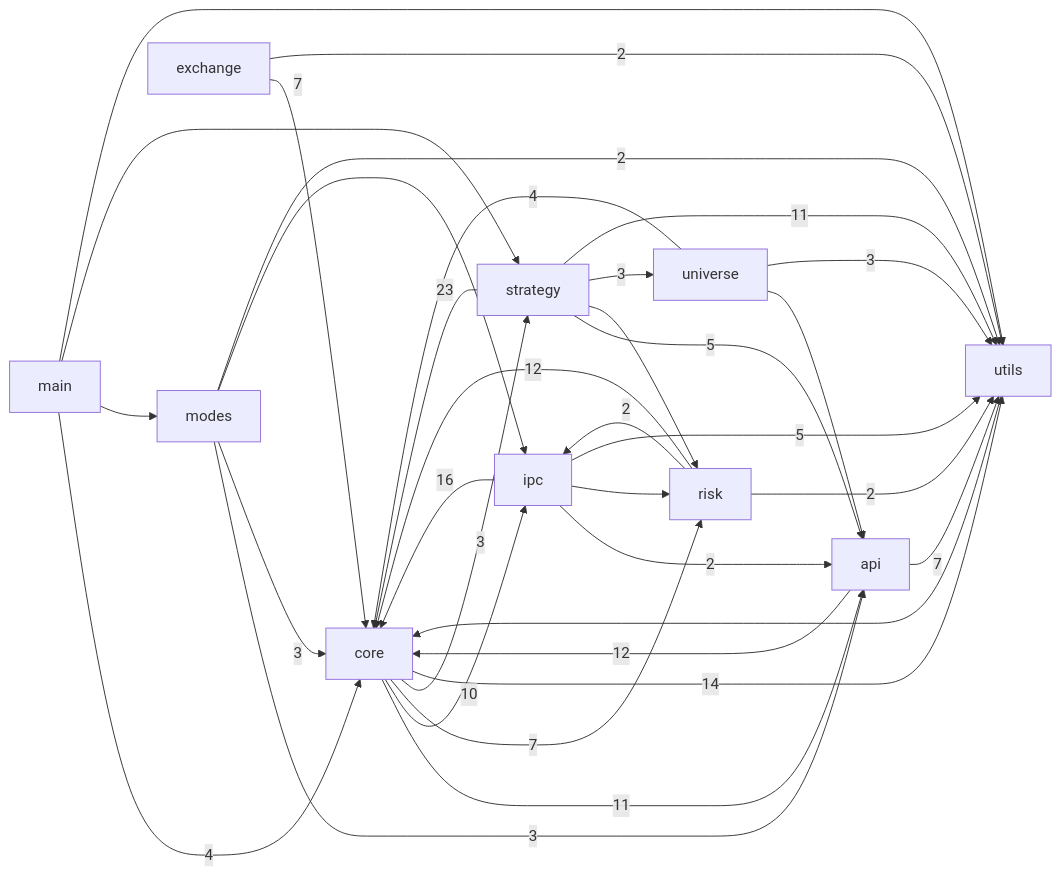
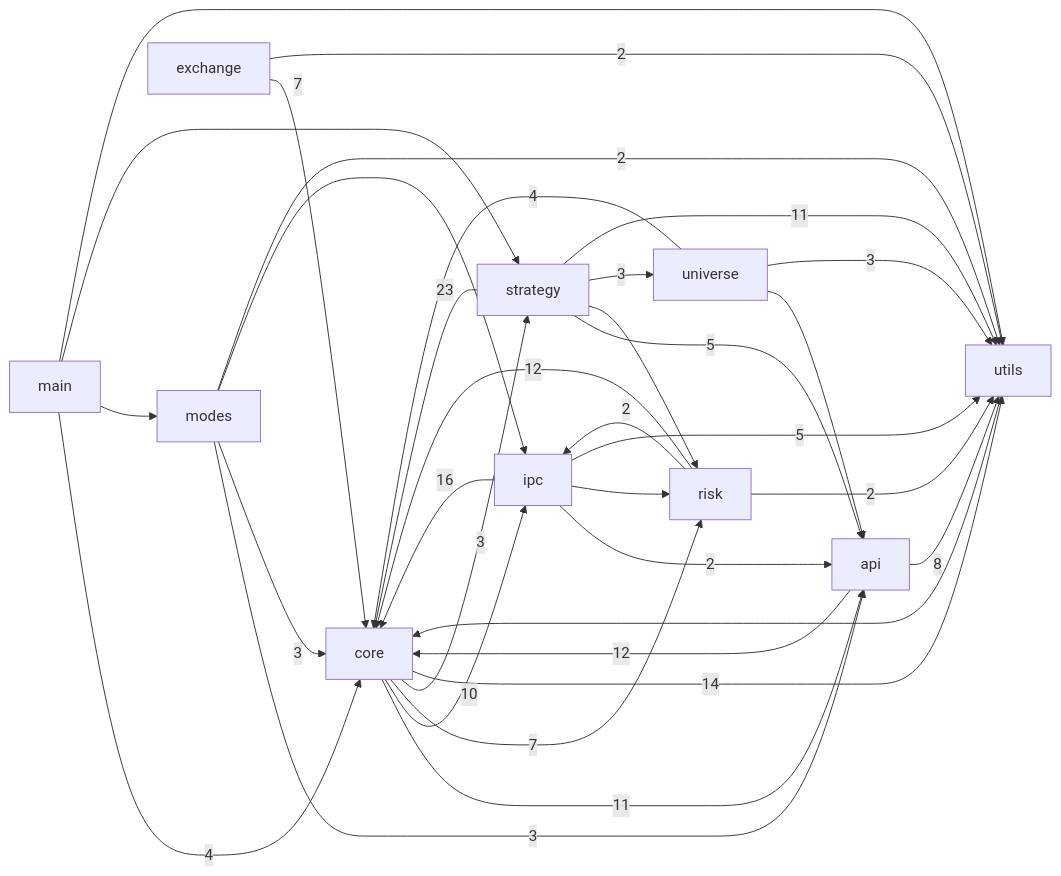
The first of 3 diagrams in docs/CODE_GRAPH.md (pypy8171/Quant), drawn with Mermaid before and after one commit. The commit also changed other lines of this file and 11 other files, not shown here.

````diff
--- a/docs/CODE_GRAPH.md
+++ b/docs/CODE_GRAPH.md
@@ -10,46 +10,46 @@
 ```mermaid
 graph LR
   main[main]
   modes[modes]
   core[core]
   strategy[strategy]
   api[api]
   universe[universe]
   risk[risk]
   ipc[ipc]
   utils[utils]
   exchange[exchange]
   api -->|12| core
-  api -->|7| utils
+  api -->|8| utils
   core -->|11| api
   core -->|10| ipc
   core -->|7| risk
   core -->|3| strategy
   core -->|14| utils
   exchange -->|7| core
   exchange -->|2| utils
   ipc -->|2| api
   ipc -->|16| core
   ipc --> risk
   ipc -->|5| utils
   main -->|4| core
   main --> modes
   main --> strategy
   main --> utils
   modes -->|3| api
   modes -->|3| core
   modes --> ipc
   modes -->|2| utils
   risk -->|12| core
   risk -->|2| ipc
   risk -->|2| utils
   strategy -->|5| api
   strategy -->|23| core
   strategy --> risk
   strategy -->|3| universe
   strategy -->|11| utils
   universe --> api
   universe -->|4| core
   universe -->|3| utils
   utils --> core
 ```
````
